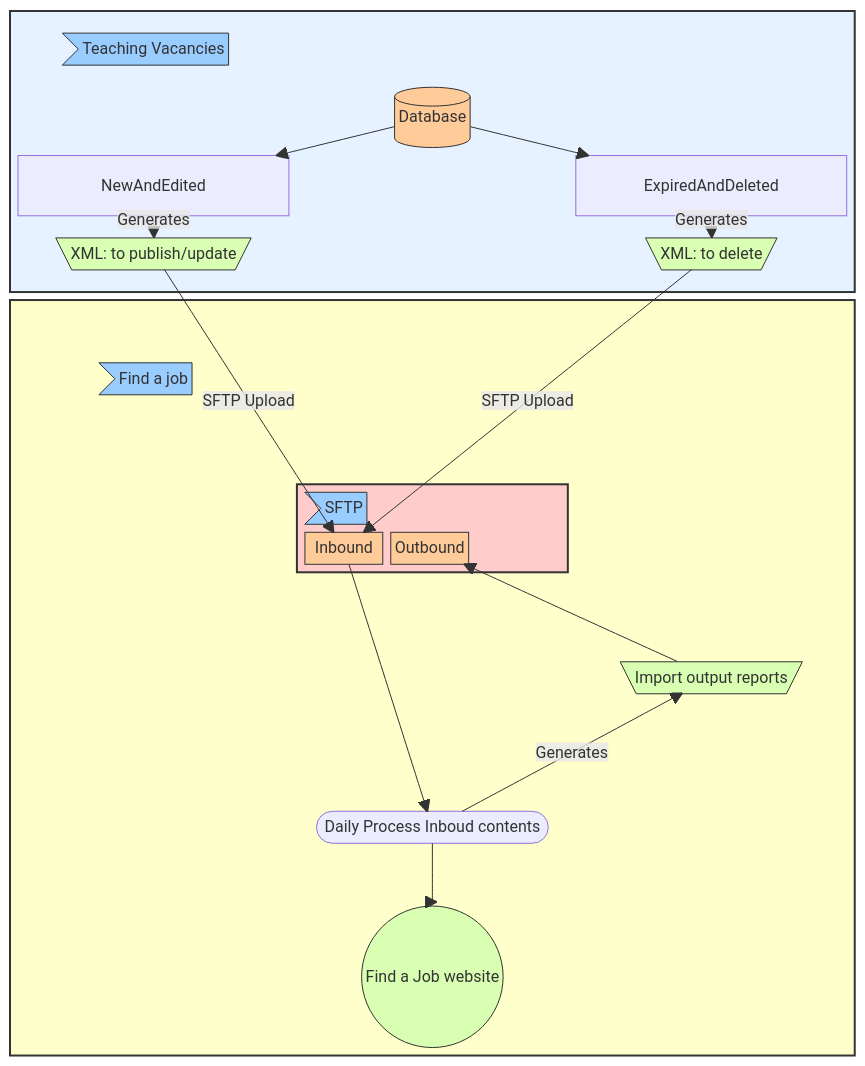
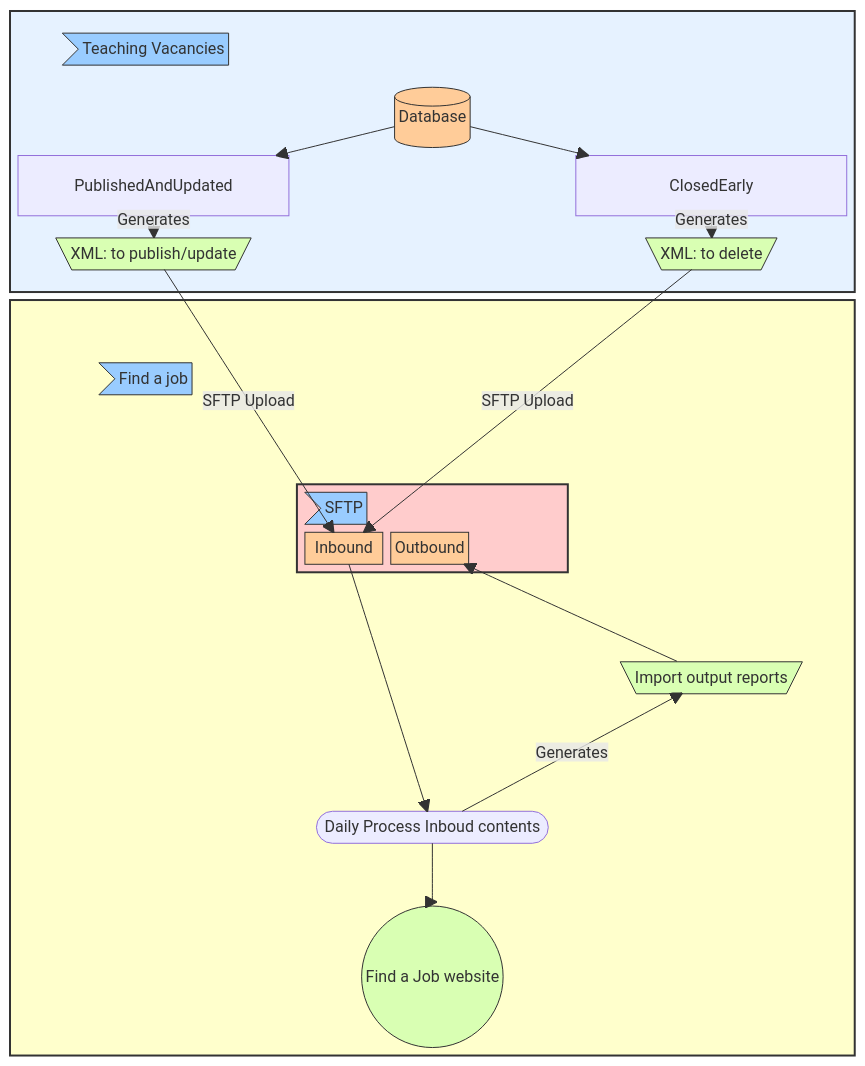
The first of 3 diagrams in documentation/integrations/dwp-find-a-job.md (DFE-Digital/teaching-vacancies), drawn with Mermaid before and after one commit. The commit also changed other lines of this file and 19 other files, not shown here.

````diff
--- a/documentation/integrations/dwp-find-a-job.md
+++ b/documentation/integrations/dwp-find-a-job.md
@@ -17,59 +17,59 @@
 ```mermaid
 block-beta
 columns 3
 block:TeachingVacancies:3
     columns 3
     TeachingVacanciesTag>"Teaching Vacancies"] space:2
     space Database[("Database")] space
 
-    NewAndEdited["NewAndEdited"]
+    PublishedAndUpdated["PublishedAndUpdated"]
     space
-    ExpiredAndDeleted["ExpiredAndDeleted"]
+    ClosedEarly["ClosedEarly"]
 
-    Database --> NewAndEdited
-    Database --> ExpiredAndDeleted
+    Database --> PublishedAndUpdated
+    Database --> ClosedEarly
 
     XmlPublish[\"XML: to publish/update"/]
     space
     XmlDelete[\"XML: to delete"/]
 
-    NewAndEdited-- "Generates" -->XmlPublish
-    ExpiredAndDeleted-- "Generates" -->XmlDelete
+    PublishedAndUpdated-- "Generates" -->XmlPublish
+    ClosedEarly-- "Generates" -->XmlDelete
 end
 style TeachingVacancies fill:#e6f2ff,stroke:#333,stroke-width:2px
 
 block:FindAJob:3
     columns 3
     FindAJobTag>"Find a job"] space:2
     space
     block:SFTP
         columns 3
         SFTPTag>"SFTP"] space:2
         Inbound Outbound
     end
     style SFTP fill:#ffcccc,stroke:#333,stroke-width:2px
     space
     space space ImportOutput[\"Import output reports"/]
     space ProcessInput(["Daily Process Inboud contents"]) space
     space Website(("Find a Job website"))
 end
 style FindAJob fill:#ffffcc,stroke:#333,stroke-width:2px
 
 XmlPublish--"SFTP Upload" -->Inbound
 XmlDelete--"SFTP Upload" -->Inbound
 
 
 Inbound --> ProcessInput
 ProcessInput --> Website
 ProcessInput-- "Generates" -->ImportOutput
 ImportOutput --> Outbound
 
 classDef tag fill:#99ccff,stroke:#333;
 classDef output fill:#d9ffb3,stroke:#333;
 classDef datasource fill:#ffcc99,stroke:#333;
 
 class TeachingVacanciesTag,FindAJobTag,SFTPTag tag
 class XmlPublish,XmlDelete,ImportOutput,Website output
 class Database,Inbound,Outbound datasource
 
 ```
````
